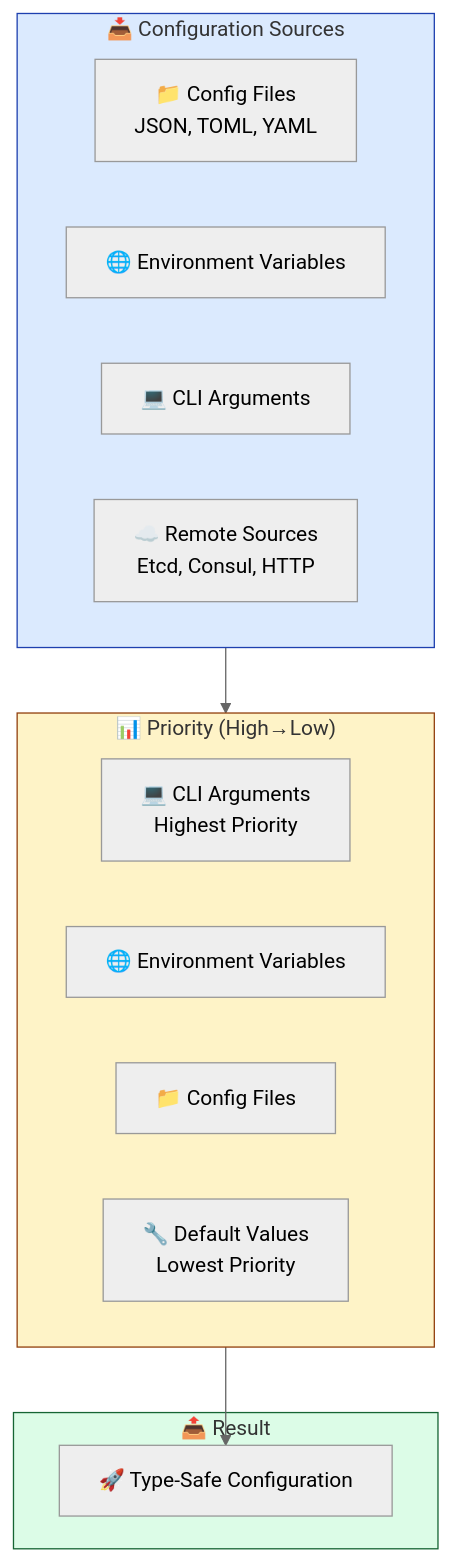
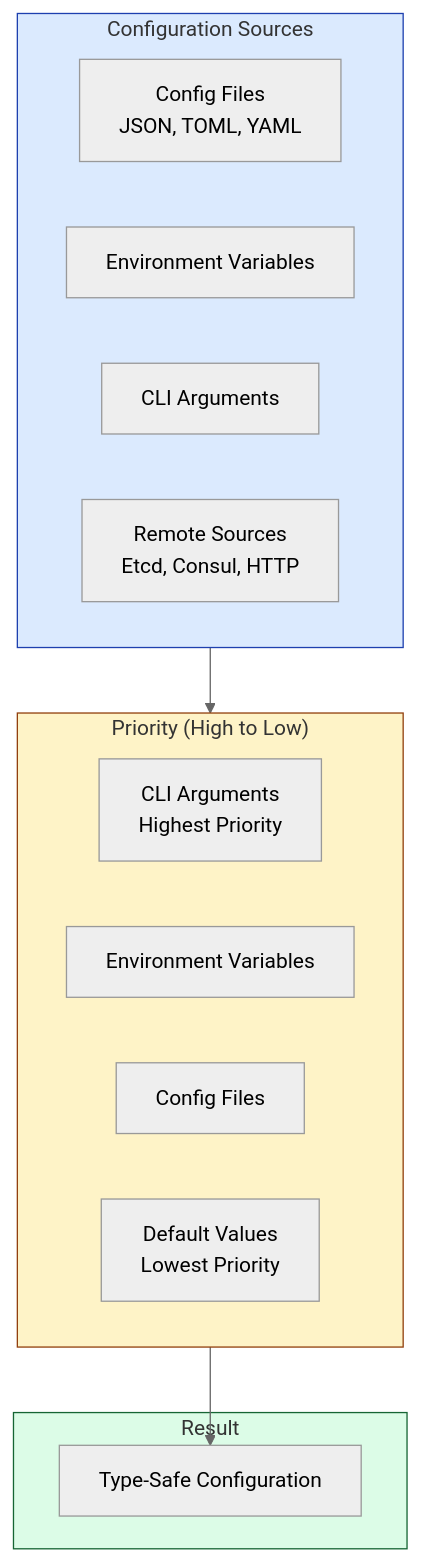
The diagram in docs/USER_GUIDE.md (Kirky-X/confers), drawn with Mermaid (neutral theme) before and after one commit. The commit also changed 3 other files, not shown here.

First line of the commit message:
docs: clean mermaid node emojis for renderer compatibility

````diff
--- a/docs/USER_GUIDE.md
+++ b/docs/USER_GUIDE.md
@@ -231,27 +231,27 @@
 ```mermaid
 graph TB
-    subgraph Sources ["📥 Configuration Sources"]
-        A[📁 Config Files<br/>JSON, TOML, YAML]
-        B[🌐 Environment Variables]
-        C[💻 CLI Arguments]
-        D[☁️ Remote Sources<br/>Etcd, Consul, HTTP]
+    subgraph Sources ["Configuration Sources"]
+        A["Config Files<br/>JSON, TOML, YAML"]
+        B["Environment Variables"]
+        C["CLI Arguments"]
+        D["Remote Sources<br/>Etcd, Consul, HTTP"]
     end
 
-    subgraph Priority ["📊 Priority (High→Low)"]
-        P1["💻 CLI Arguments<br/>Highest Priority"]
-        P2["🌐 Environment Variables"]
-        P3["📁 Config Files"]
-        P4["🔧 Default Values<br/>Lowest Priority"]
+    subgraph Priority ["Priority (High to Low)"]
+        P1["CLI Arguments<br/>Highest Priority"]
+        P2["Environment Variables"]
+        P3["Config Files"]
+        P4["Default Values<br/>Lowest Priority"]
     end
 
-    subgraph Result ["📤 Result"]
-        R[🚀 Type-Safe Configuration]
+    subgraph Result ["Result"]
+        R["Type-Safe Configuration"]
     end
 
     Sources --> Priority
     Priority --> R
 
     style Sources fill:#DBEAFE,stroke:#1E40AF
     style Priority fill:#FEF3C7,stroke:#92400E
     style Result fill:#DCFCE7,stroke:#166534
 ```
````
